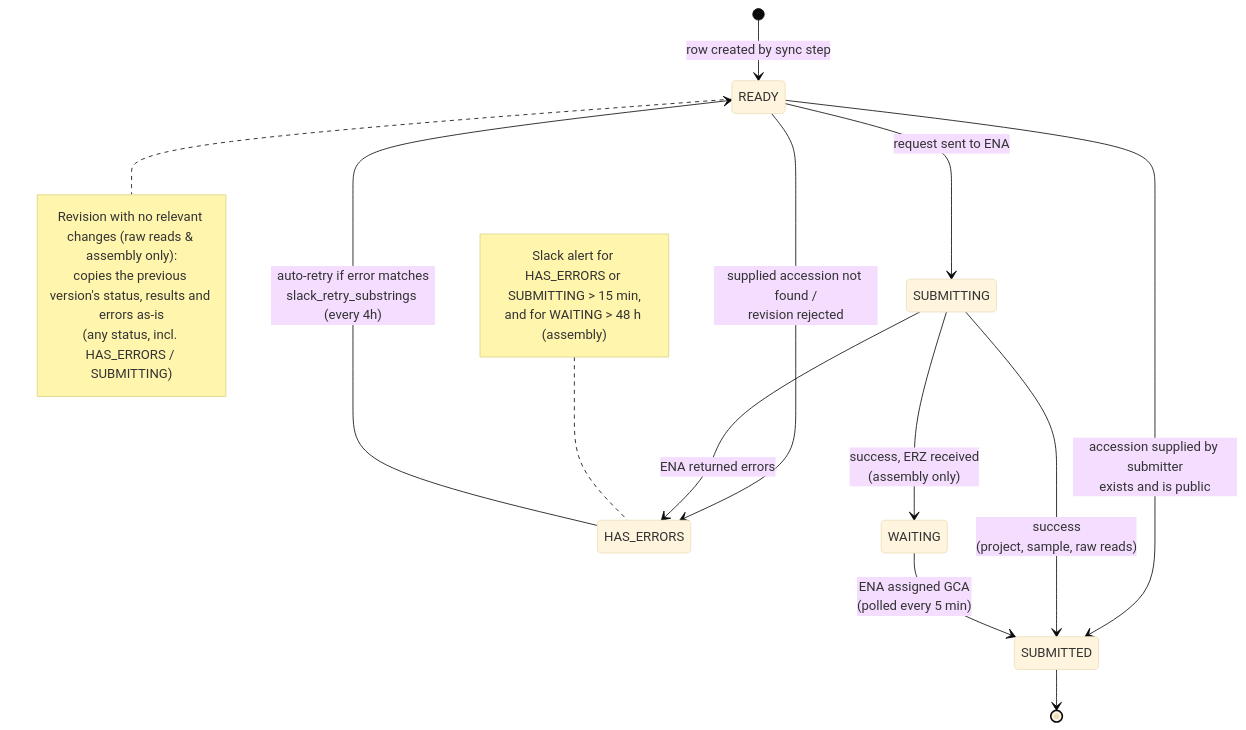
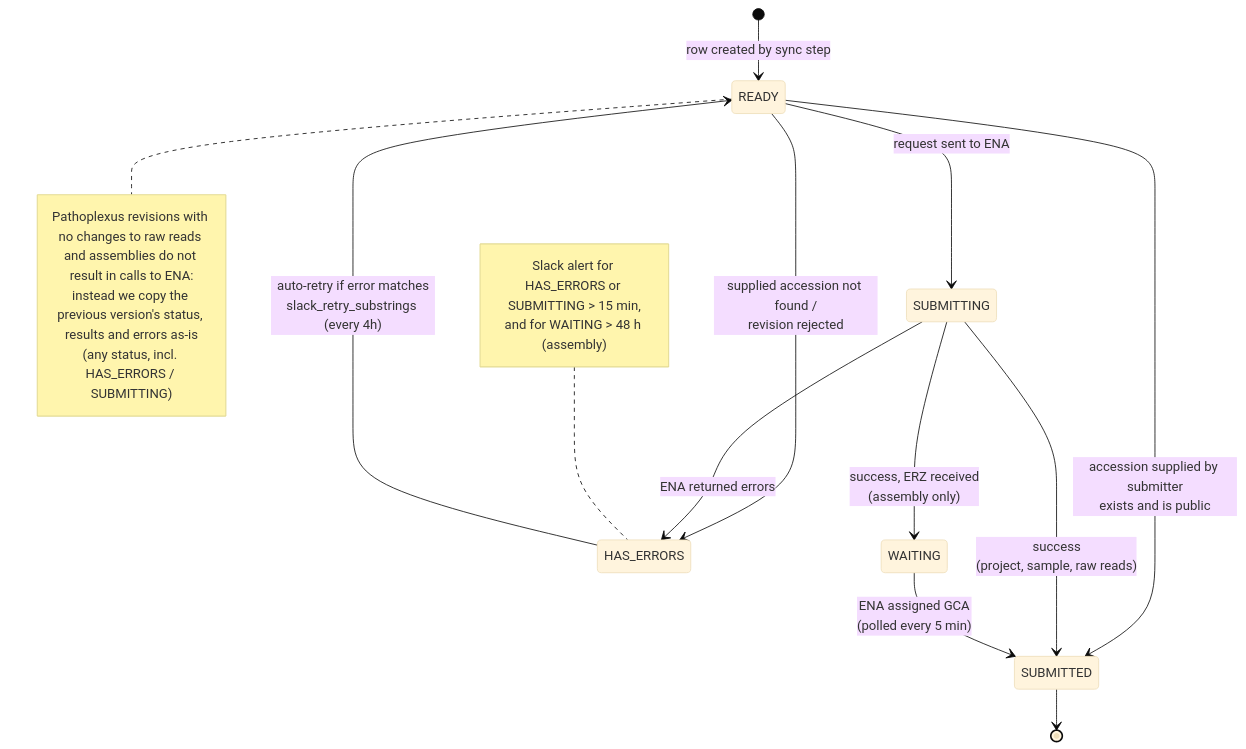
One commit to loculus-project/loculus changed the second of 2 diagrams in ena-submission/README.md. Above: the diagram before and after it, drawn with Mermaid (base theme).

Commit message:
Apply suggestion from @anna-parker

````diff
--- a/ena-submission/README.md
+++ b/ena-submission/README.md
@@ -61,30 +61,30 @@
 ```mermaid
 stateDiagram-v2
     direction TB
     [*] --> READY: row created by sync step
 
     READY --> SUBMITTED: accession supplied by submitter<br/>exists and is public
     READY --> HAS_ERRORS: supplied accession not found /<br/>revision rejected
     READY --> SUBMITTING: request sent to ENA
 
     SUBMITTING --> SUBMITTED: success<br/>(project, sample, raw reads)
     SUBMITTING --> WAITING: success, ERZ received<br/>(assembly only)
     SUBMITTING --> HAS_ERRORS: ENA returned errors
 
     WAITING --> SUBMITTED: ENA assigned GCA<br/>(polled every 5 min)
 
     HAS_ERRORS --> READY: auto-retry if error matches<br/>slack_retry_substrings (every 4h)
 
     SUBMITTED --> [*]
 
     note right of READY
-        Revision with no relevant changes (raw reads & assembly only):
-        copies the previous version's status, results and errors as-is
+        Pathoplexus revisions with no changes to raw reads and assemblies do not result in calls to ENA:
+        instead we copy the previous version's status, results and errors as-is
         (any status, incl. HAS_ERRORS / SUBMITTING)
     end note
 
     note left of HAS_ERRORS
         Slack alert for HAS_ERRORS or SUBMITTING > 15 min,
         and for WAITING > 48 h (assembly)
     end note
 ```
````
